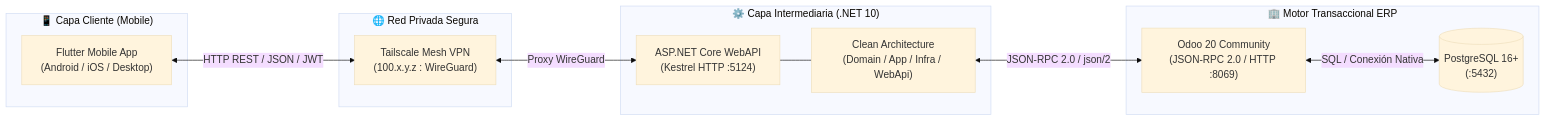
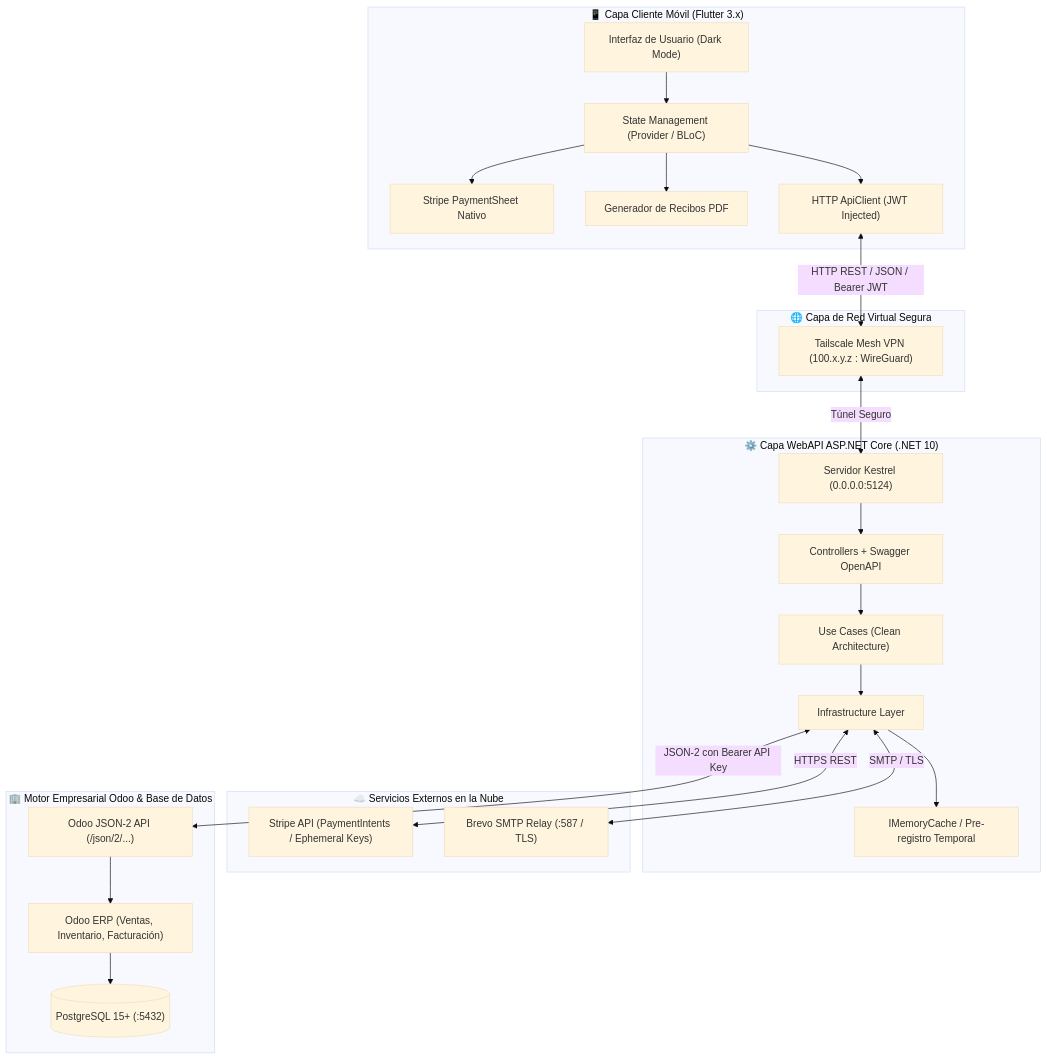
One commit to Isra1322/Proyecto_Moviles changed the first of 3 diagrams in README.md. Above: the diagram before and after it, drawn with Mermaid (base theme). The commit also changed other lines of this file, not shown here.

````diff
--- a/README.md
+++ b/README.md
@@ -57,26 +116,49 @@
 ```mermaid
-flowchart LR
-    subgraph Client["📱 Capa Cliente (Mobile)"]
-        Flutter["Flutter Mobile App<br/>(Android / iOS / Desktop)"]
+flowchart TD
+    subgraph Client["📱 Capa Cliente Móvil (Flutter 3.x)"]
+        UI["Interfaz de Usuario (Dark Mode)"]
+        BLoC["State Management (Provider / BLoC)"]
+        StripeSheet["Stripe PaymentSheet Nativo"]
+        PdfGen["Generador de Recibos PDF"]
+        ApiClient["HTTP ApiClient (JWT Injected)"]
+        UI --> BLoC
+        BLoC --> ApiClient
+        BLoC --> StripeSheet
+        BLoC --> PdfGen
     end
 
-    subgraph Network["🌐 Red Privada Segura"]
-        Tailscale["Tailscale Mesh VPN<br/>(100.x.y.z : WireGuard)"]
+    subgraph Network["🌐 Capa de Red Virtual Segura"]
+        Tailscale["Tailscale Mesh VPN (100.x.y.z : WireGuard)"]
     end
 
-    subgraph Backend["⚙️ Capa Intermediaria (.NET 10)"]
-        Kestrel["ASP.NET Core WebAPI<br/>(Kestrel HTTP :5124)"]
-        CleanArch["Clean Architecture<br/>(Domain / App / Infra / WebApi)"]
+    subgraph Backend["⚙️ Capa WebAPI ASP.NET Core (.NET 10)"]
+        Kestrel["Servidor Kestrel (0.0.0.0:5124)"]
+        WebApi["Controllers + Swagger OpenAPI"]
+        AppCases["Use Cases (Clean Architecture)"]
+        Infra["Infrastructure Layer"]
+        TokenCache["IMemoryCache / Pre-registro Temporal"]
+        Kestrel --> WebApi
+        WebApi --> AppCases
+        AppCases --> Infra
+        Infra --> TokenCache
     end
 
-    subgraph ERP["🏢 Motor Transaccional ERP"]
-        Odoo["Odoo 20 Community<br/>(JSON-RPC 2.0 / HTTP :8069)"]
-        Postgres[("PostgreSQL 16+<br/>(:5432)")]
+    subgraph External["☁️ Servicios Externos en la Nube"]
+        StripeCloud["Stripe API (PaymentIntents / Ephemeral Keys)"]
+        BrevoSMTP["Brevo SMTP Relay (:587 / TLS)"]
     end
 
-    Flutter <-->|HTTP REST / JSON / JWT| Tailscale
-    Tailscale <-->|Proxy WireGuard| Kestrel
-    Kestrel --- CleanArch
-    CleanArch <-->|JSON-RPC 2.0 / json/2| Odoo
-    Odoo <-->|SQL / Conexión Nativa| Postgres
+    subgraph ERP["🏢 Motor Empresarial Odoo & Base de Datos"]
+        OdooAPI["Odoo JSON-2 API (/json/2/...)"]
+        OdooCore["Odoo ERP (Ventas, Inventario, Facturación)"]
+        Postgres[("PostgreSQL 15+ (:5432)")]
+        OdooAPI --> OdooCore
+        OdooCore --> Postgres
+    end
+
+    ApiClient <-->|HTTP REST / JSON / Bearer JWT| Tailscale
+    Tailscale <-->|Túnel Seguro| Kestrel
+    Infra <-->|HTTPS REST| StripeCloud
+    Infra <-->|SMTP / TLS| BrevoSMTP
+    Infra <-->|JSON-2 con Bearer API Key| OdooAPI
 ```
````
